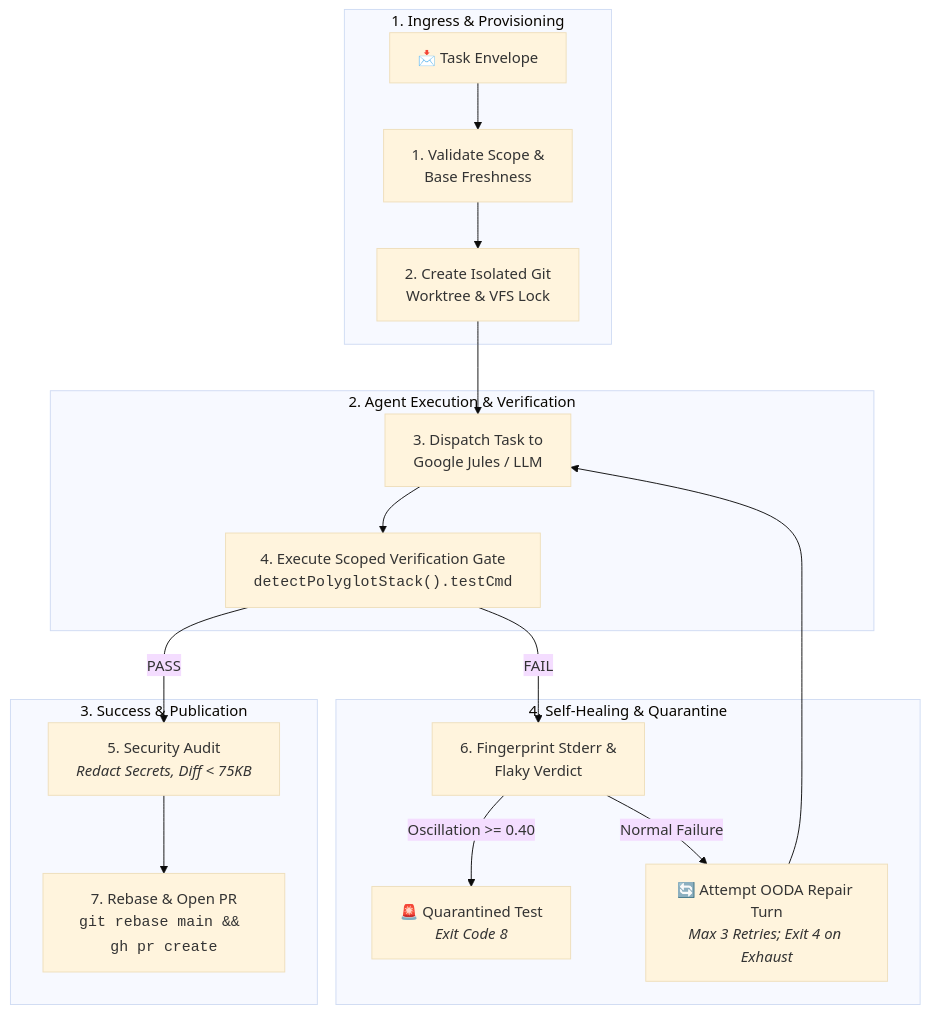
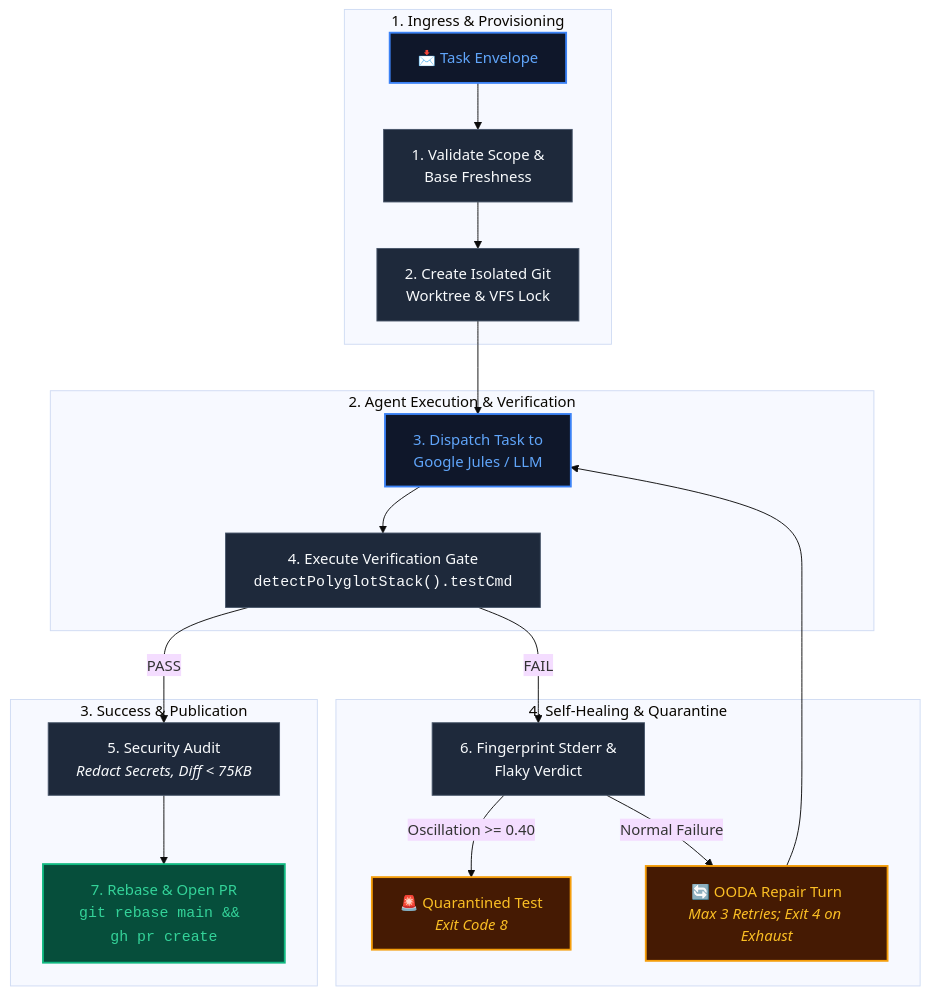
The first of 2 diagrams in README.md (FullThrottle83/jules-orchestrator-kit), drawn with Mermaid (base theme) before and after one commit. The commit also changed other lines of this file, not shown here.

Commit message:
docs: update README.md for v0.30.0 release, fix Mermaid flowchart text wrapping and class styles

````diff
--- a/README.md
+++ b/README.md
@@ -267,24 +273,33 @@
 ```mermaid
 flowchart TD
-    subgraph Phase1 ["1. Ingress & Provisioning"]
+    subgraph P1 ["1. Ingress & Provisioning"]
         A["📩 Task Envelope"] --> B["1. Validate Scope &<br/>Base Freshness"]
         B --> C["2. Create Isolated Git<br/>Worktree & VFS Lock"]
     end
 
-    subgraph Phase2 ["2. Agent Execution & Verification"]
+    subgraph P2 ["2. Agent Execution & Verification"]
         C --> D["3. Dispatch Task to<br/>Google Jules / LLM"]
-        D --> E["4. Execute Scoped Verification Gate<br/><code>detectPolyglotStack().testCmd</code>"]
+        D --> E["4. Execute Verification Gate<br/><code>detectPolyglotStack().testCmd</code>"]
     end
 
-    subgraph Phase3 ["3. Success & Publication"]
+    subgraph P3 ["3. Success & Publication"]
         E -->|PASS| F["5. Security Audit<br/><i>Redact Secrets, Diff < 75KB</i>"]
         F --> G["7. Rebase & Open PR<br/><code>git rebase main && gh pr create</code>"]
     end
 
-    subgraph Phase4 ["4. Self-Healing & Quarantine"]
+    subgraph P4 ["4. Self-Healing & Quarantine"]
         E -->|FAIL| H["6. Fingerprint Stderr &<br/>Flaky Verdict"]
         H -->|Oscillation >= 0.40| I["🚨 Quarantined Test<br/><i>Exit Code 8</i>"]
-        H -->|Normal Failure| J["🔄 Attempt OODA Repair Turn<br/><i>Max 3 Retries; Exit 4 on Exhaust</i>"]
+        H -->|Normal Failure| J["🔄 OODA Repair Turn<br/><i>Max 3 Retries; Exit 4 on Exhaust</i>"]
         J --> D
     end
+
+    classDef default fill:#1e293b,stroke:#475569,stroke-width:1px,color:#f8fafc;
+    classDef highlight fill:#0f172a,stroke:#3b82f6,stroke-width:2px,color:#60a5fa;
+    classDef success fill:#064e3b,stroke:#10b981,stroke-width:2px,color:#34d399;
+    classDef warning fill:#451a03,stroke:#f59e0b,stroke-width:2px,color:#fbbf24;
+
+    class A,D highlight;
+    class G success;
+    class I,J warning;
 ```
````
